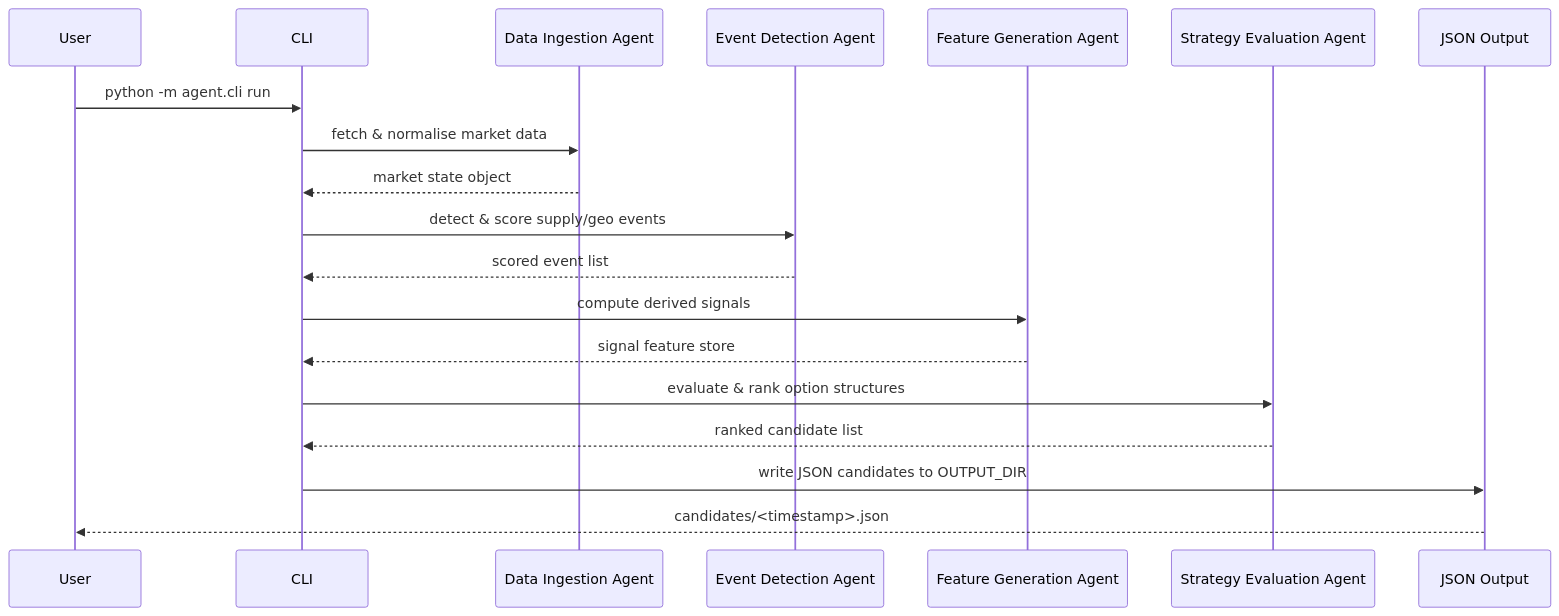
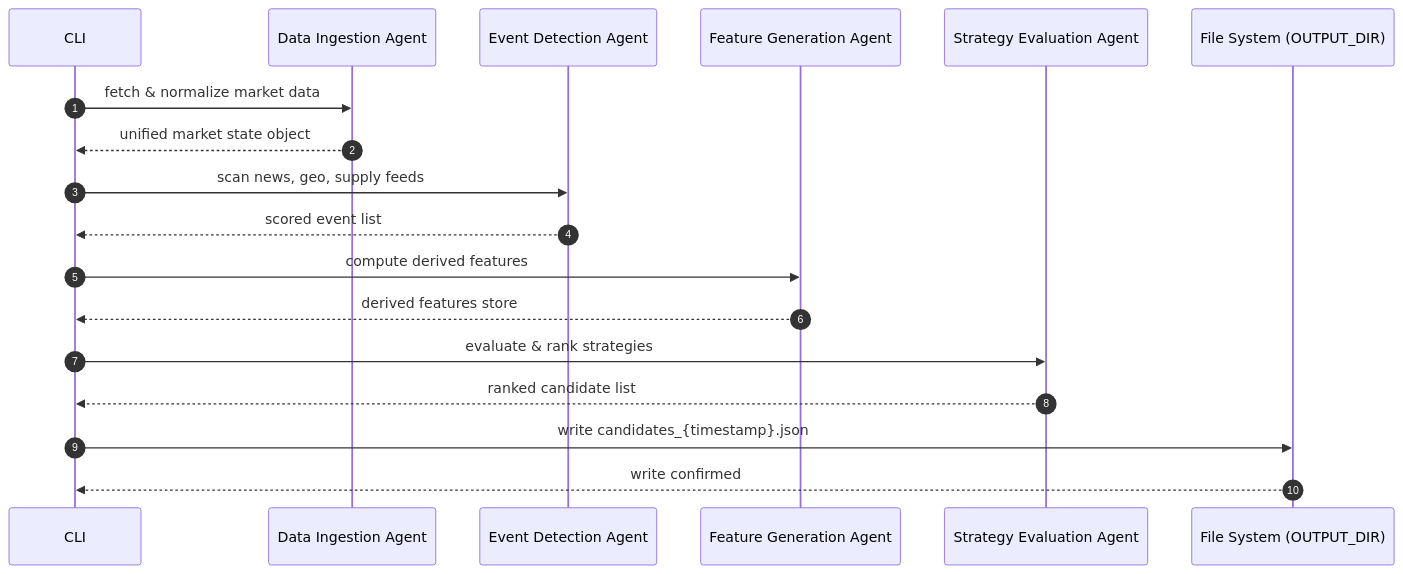
Before and after one commit to jeisenback/golden_boy_peanuts: the second of 2 diagrams in docs/generated/user_guide_full-pipeline.md, drawn with Mermaid. The commit also changed other lines of this file, not shown here.

Commit message:
docs: regenerate user guide [skip ci]

````diff
--- a/docs/generated/user_guide_full-pipeline.md
+++ b/docs/generated/user_guide_full-pipeline.md
@@ -210,22 +246,25 @@
 ```mermaid
 sequenceDiagram
-    participant User
+    autonumber
     participant CLI
-    participant Ingestion as Data Ingestion Agent
-    participant Events as Event Detection Agent
-    participant Features as Feature Generation Agent
-    participant Strategy as Strategy Evaluation Agent
-    participant Output as JSON Output
+    participant DIA as Data Ingestion Agent
+    participant EDA as Event Detection Agent
+    participant FGA as Feature Generation Agent
+    participant SEA as Strategy Evaluation Agent
+    participant FS as File System (OUTPUT_DIR)
 
-    User->>CLI: python -m agent.cli run
-    CLI->>Ingestion: fetch & normalise market data
-    Ingestion-->>CLI: market state object
-    CLI->>Events: detect & score supply/geo events
-    Events-->>CLI: scored event list
-    CLI->>Features: compute derived signals
-    Features-->>CLI: signal feature store
-    CLI->>Strategy: evaluate & rank option structures
-    Strategy-->>CLI: ranked candidate list
-    CLI->>Output: write JSON candidates to OUTPUT_DIR
-    Output-->>User: candidates/<timestamp>.json
+    CLI->>DIA: fetch & normalize market data
+    DIA-->>CLI: unified market state object
+
+    CLI->>EDA: scan news, geo, supply feeds
+    EDA-->>CLI: scored event list
+
+    CLI->>FGA: compute derived features
+    FGA-->>CLI: derived features store
+
+    CLI->>SEA: evaluate & rank strategies
+    SEA-->>CLI: ranked candidate list
+
+    CLI->>FS: write candidates_{timestamp}.json
+    FS-->>CLI: write confirmed
 ```
````
